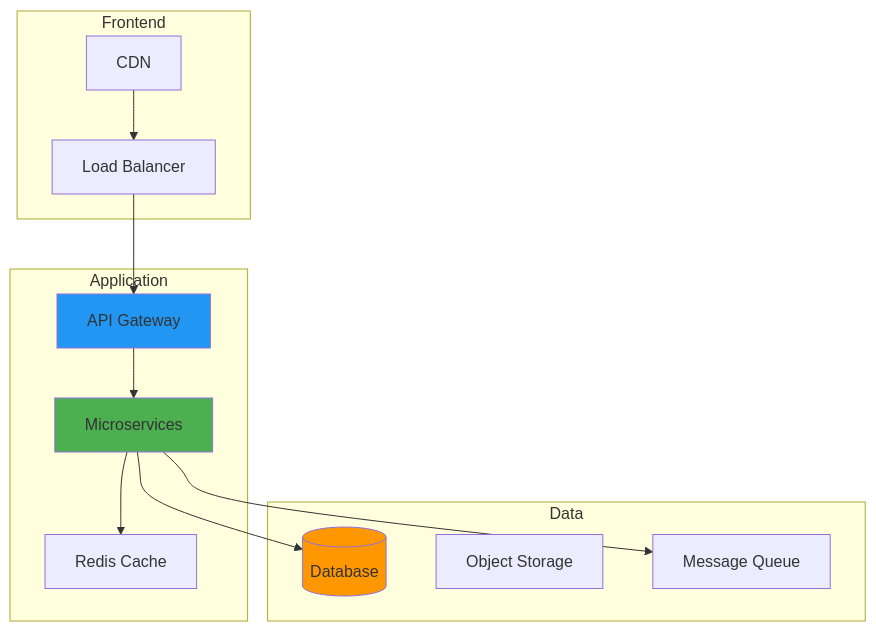
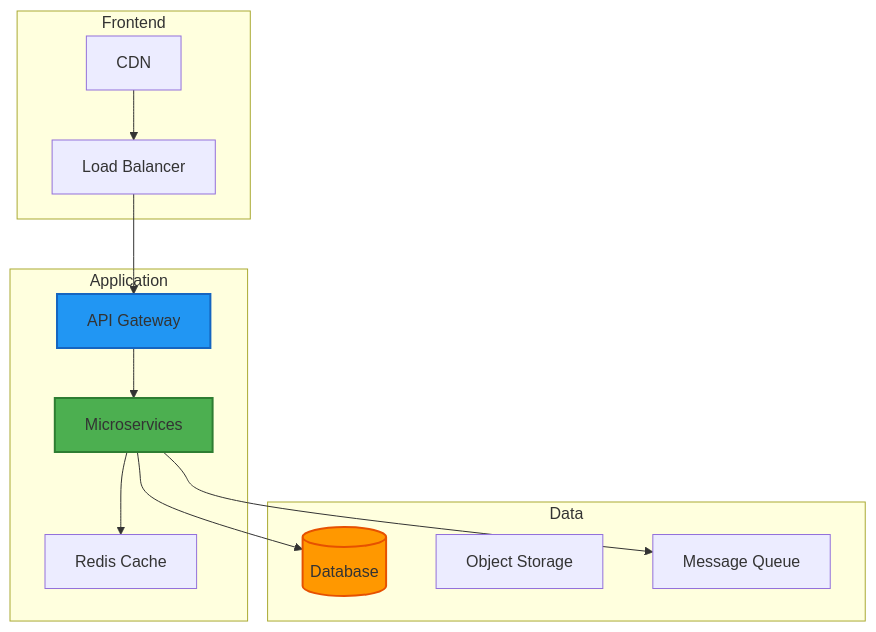
Before and after one commit to williamzujkowski/williamzujkowski.github.io: the diagram in src/posts/2024-06-11-beyond-containers-future-deployment.md, drawn with Mermaid. The commit also changed other lines of this file and 8 other files, not shown here.

````diff
--- a/src/posts/2024-06-11-beyond-containers-future-deployment.md
+++ b/src/posts/2024-06-11-beyond-containers-future-deployment.md
@@ -53,28 +53,31 @@
 ```mermaid
-graph TB
+flowchart TB
     subgraph frontend["Frontend"]
         CDN[CDN]
         LB[Load Balancer]
     end
     subgraph application["Application"]
         API[API Gateway]
         Services[Microservices]
         Cache[Redis Cache]
     end
     subgraph data["Data"]
         DB[(Database)]
         S3[Object Storage]
         Queue[Message Queue]
     end
 
     CDN --> LB
     LB --> API
     API --> Services
     Services --> Cache
     Services --> DB
     Services --> Queue
 
-    style API fill:#2196f3
-    style Services fill:#4caf50
-    style DB fill:#ff9800
+    classDef blue fill:#2196f3,stroke:#1565c0,stroke-width:2px
+    classDef green fill:#4caf50,stroke:#2e7d32,stroke-width:2px
+    classDef orange fill:#ff9800,stroke:#e65100,stroke-width:2px
+    class API blue
+    class Services green
+    class DB orange
 ```
````
